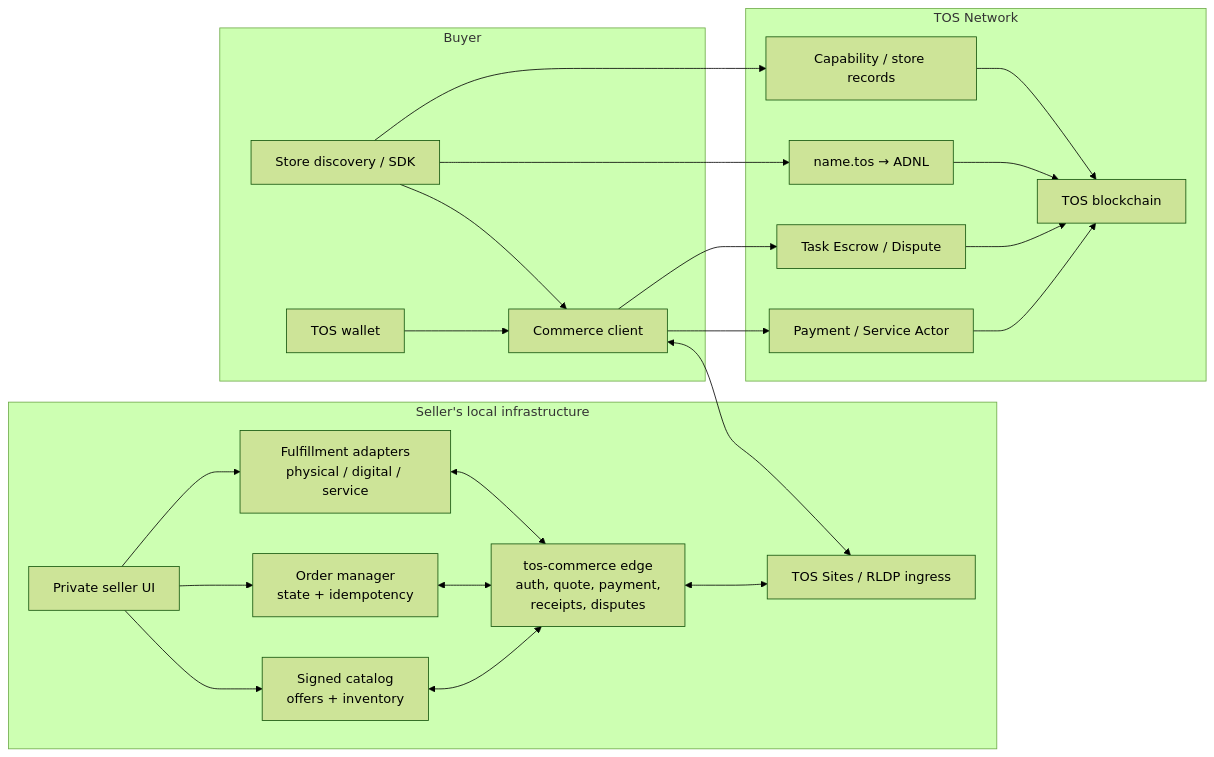
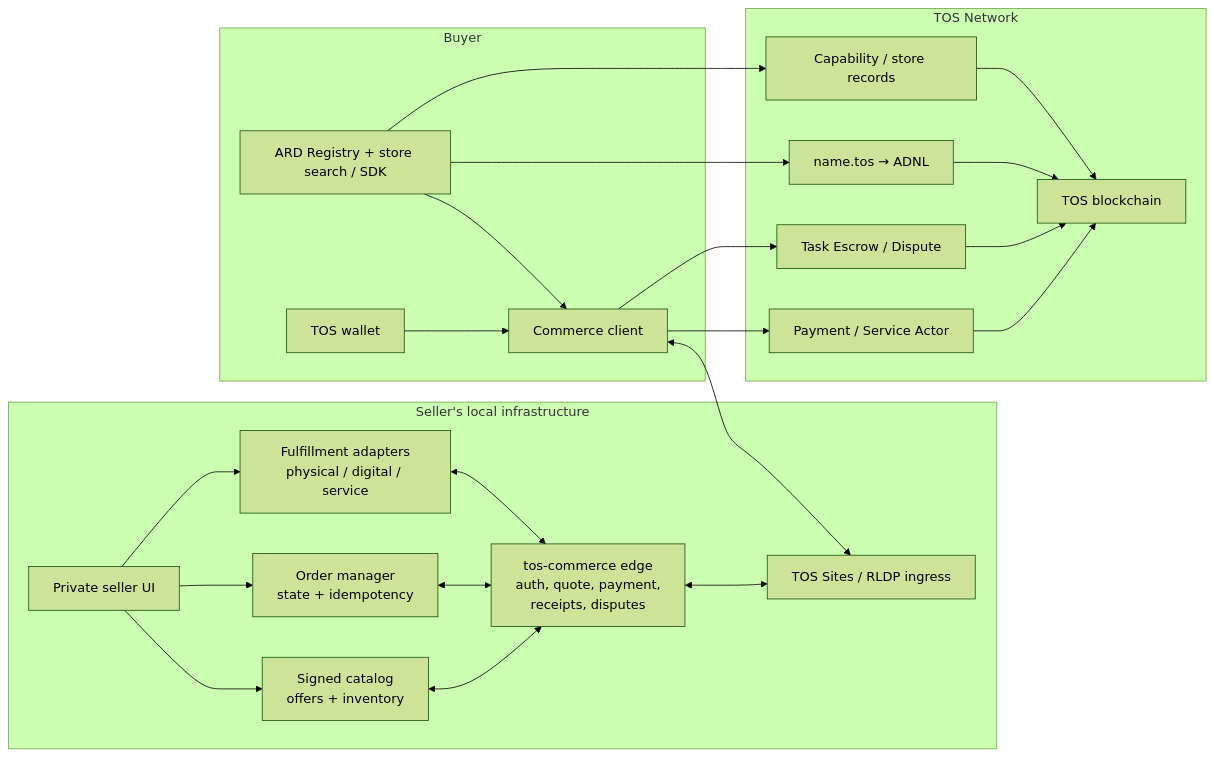
One commit to tosnetwork/tos changed the first of 4 diagrams in doc/owner-operated-tos-storefront-use-case.md. Above: the diagram before and after it, drawn with Mermaid (forest theme). The commit also changed other lines of this file and 21 other files, not shown here.

````diff
--- a/doc/owner-operated-tos-storefront-use-case.md
+++ b/doc/owner-operated-tos-storefront-use-case.md
@@ -162,47 +164,47 @@
 ```mermaid
 flowchart LR
     subgraph Seller["Seller's local infrastructure"]
         Catalog["Signed catalog<br/>offers + inventory"]
         Orders["Order manager<br/>state + idempotency"]
         Fulfill["Fulfillment adapters<br/>physical / digital / service"]
         Edge["tos-commerce edge<br/>auth, quote, payment,<br/>receipts, disputes"]
         Ingress["TOS Sites / RLDP ingress"]
         Admin["Private seller UI"]
 
         Admin --> Catalog
         Admin --> Orders
         Admin --> Fulfill
         Catalog <--> Edge
         Orders <--> Edge
         Fulfill <--> Edge
         Edge <--> Ingress
     end
 
     subgraph TOS["TOS Network"]
         DNS["name.tos → ADNL"]
         Registry["Capability / store records"]
         Payment["Payment / Service Actor"]
         Escrow["Task Escrow / Dispute"]
         Chain["TOS blockchain"]
 
         DNS --> Chain
         Registry --> Chain
         Payment --> Chain
         Escrow --> Chain
     end
 
     subgraph Buyer["Buyer"]
-        Discovery["Store discovery / SDK"]
+        Discovery["ARD Registry + store search / SDK"]
         Client["Commerce client"]
         Wallet["TOS wallet"]
 
         Discovery --> Client
         Wallet --> Client
     end
 
     Discovery --> DNS
     Discovery --> Registry
     Client <--> Ingress
     Client --> Payment
     Client --> Escrow
 ```
````
